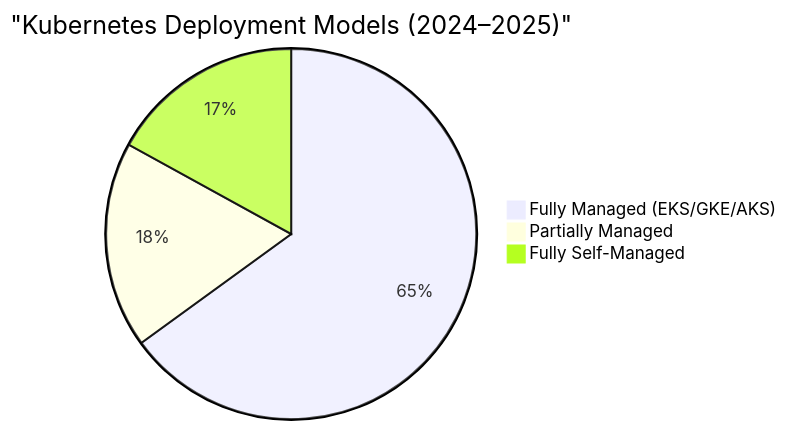
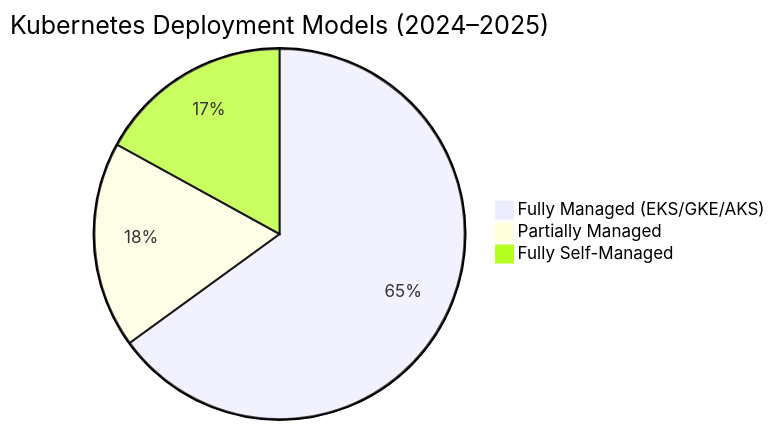
One commit to vtsarfin/platfrom-eng-pres changed the first of 3 diagrams in pe_slides_1.md. Above: the diagram before and after it, drawn with Mermaid.

````diff
--- a/pe_slides_1.md
+++ b/pe_slides_1.md
@@ -31,7 +31,7 @@
 ```mermaid
 pie
-    title  "Kubernetes Deployment Models (2024–2025)"
+      title  Kubernetes Deployment Models (2024–2025)
     "Fully Managed (EKS/GKE/AKS)" : 65
     "Partially Managed" : 18
     "Fully Self-Managed" : 17
 ```
````
